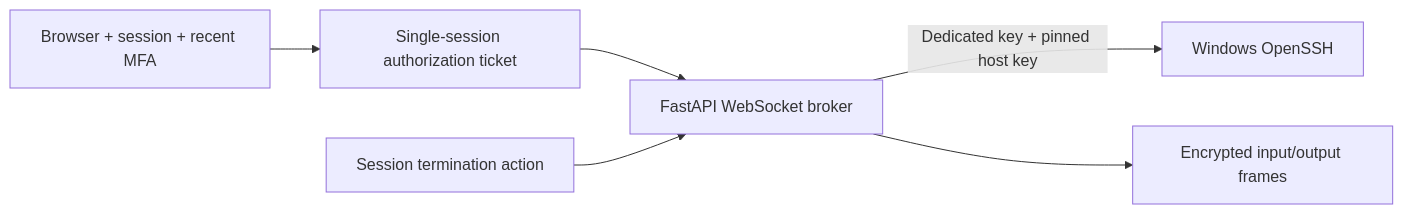
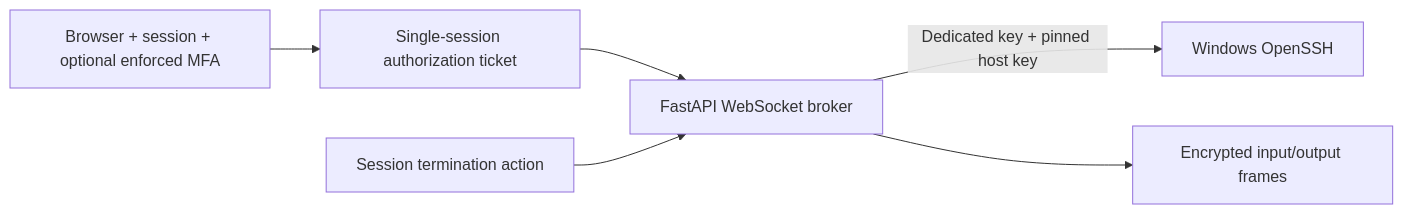
The second of 2 diagrams in docs/developers/privileged-operations.md (Gor397/local-network-management-server), drawn with Mermaid before and after one commit. The commit also changed 159 other files, not shown here.

````diff
--- a/docs/developers/privileged-operations.md
+++ b/docs/developers/privileged-operations.md
@@ -84,8 +84,8 @@
 ```mermaid
 flowchart LR
-    Browser["Browser + session + recent MFA"] --> Ticket["Single-session authorization ticket"]
+    Browser["Browser + session + optional enforced MFA"] --> Ticket["Single-session authorization ticket"]
     Ticket --> Broker["FastAPI WebSocket broker"]
     Broker -->|"Dedicated key + pinned host key"| SSH["Windows OpenSSH"]
     Broker --> Record["Encrypted input/output frames"]
     Admin["Session termination action"] --> Broker
 ```
````
